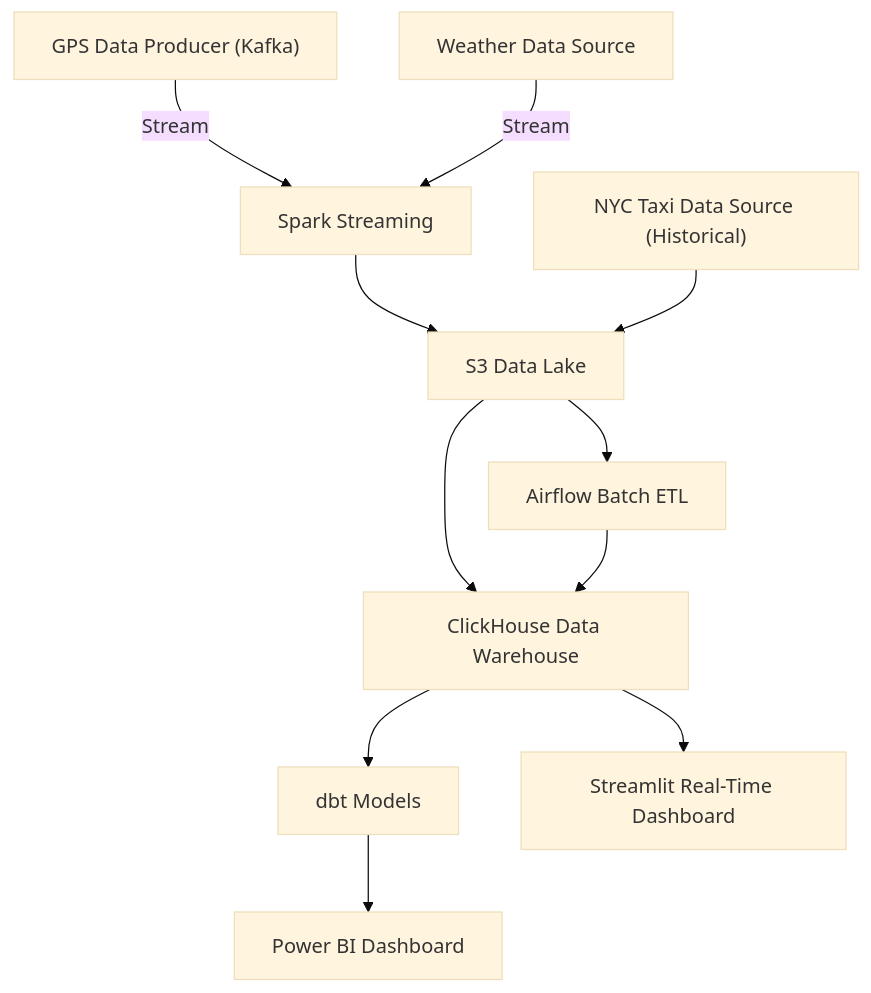
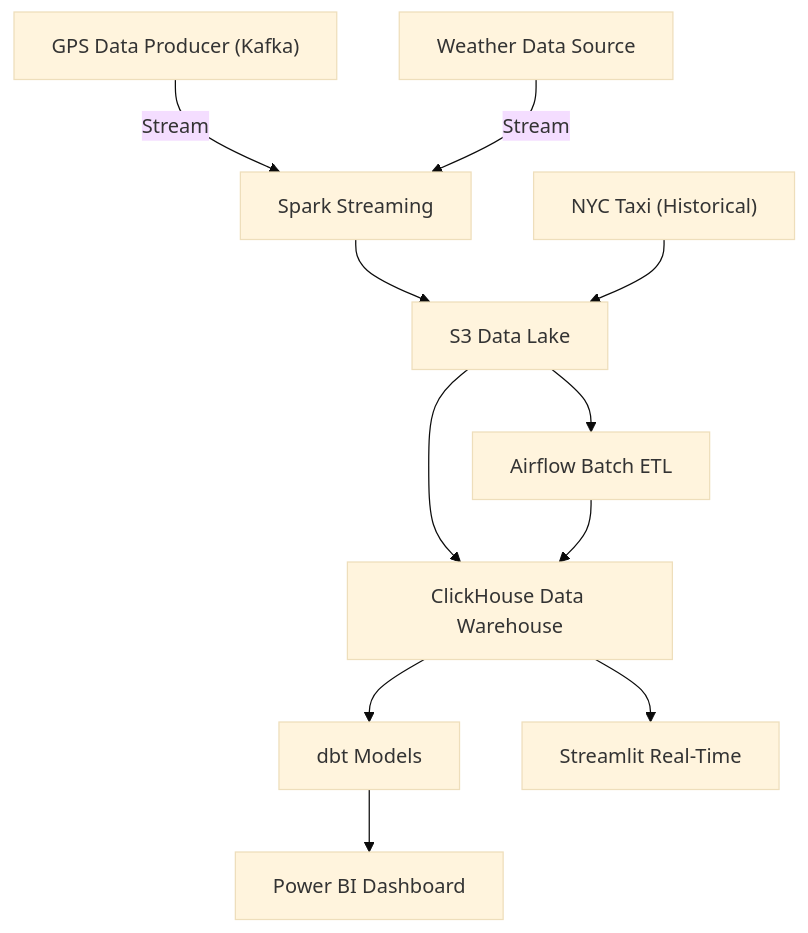
One commit to Anwaribra/RideTrack changed the diagram in README.md. Above: the diagram before and after it, drawn with Mermaid (base theme). The commit also changed other lines of this file, not shown here.

````diff
--- a/README.md
+++ b/README.md
@@ -10,34 +9,34 @@
 ```mermaid
 flowchart TD
     %% Sources
     GPS["GPS Data Producer (Kafka)"]
     Weather["Weather Data Source"]
-    Taxi["NYC Taxi Data Source (Historical)"]
+    Taxi["NYC Taxi (Historical)"]
 
     %% Processing
     SparkStream["Spark Streaming"]
     Airflow["Airflow Batch ETL"]
     dbt["dbt Models"]
 
     %% Shared Storage
     S3["S3 Data Lake"]
     ClickHouse["ClickHouse Data Warehouse"]
 
     %% Dashboards
-    Streamlit["Streamlit Real-Time Dashboard"]
+    Streamlit["Streamlit Real-Time "]
     PowerBI["Power BI Dashboard"]
 
     %% Streaming Path
     GPS -->|Stream| SparkStream
     Weather -->|Stream| SparkStream
     SparkStream --> S3
     S3 --> ClickHouse
     ClickHouse --> Streamlit
 
     %% Batch Path
     Taxi --> S3
     S3 --> Airflow
     Airflow --> ClickHouse
     ClickHouse --> dbt
     dbt --> PowerBI
 ```
````
